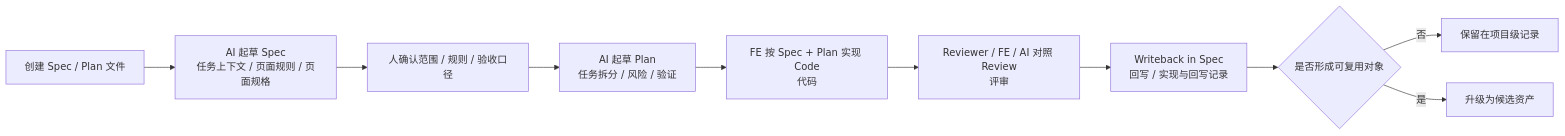
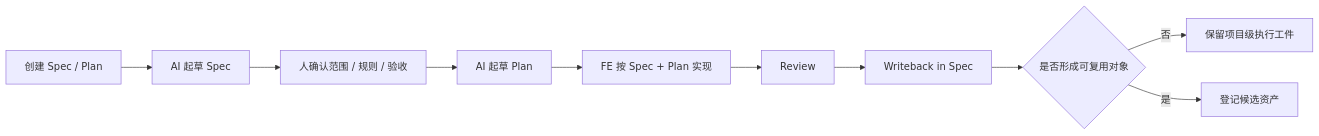
One commit to clarence1026/Spec-Driven-Development changed the diagram in docs/playbook.md. Above: the diagram before and after it, drawn with Mermaid. The commit also changed other lines of this file and 43 other files, not shown here.

````diff
--- a/docs/playbook.md
+++ b/docs/playbook.md
@@ -147,12 +141,12 @@
 ```mermaid
 flowchart LR
-    A[创建 Spec / Plan 文件] --> B[AI 起草 Spec<br/>任务上下文 / 页面规则 / 页面规格]
-    B --> C[人确认范围 / 规则 / 验收口径]
-    C --> D[AI 起草 Plan<br/>任务拆分 / 风险 / 验证]
-    D --> E[FE 按 Spec + Plan 实现 Code<br/>代码]
-    E --> F[Reviewer / FE / AI 对照 Review<br/>评审]
-    F --> G[Writeback in Spec<br/>回写 / 实现与回写记录]
+    A[创建 Spec / Plan] --> B[AI 起草 Spec]
+    B --> C[人确认范围 / 规则 / 验收]
+    C --> D[AI 起草 Plan]
+    D --> E[FE 按 Spec + Plan 实现]
+    E --> F[Review]
+    F --> G[Writeback in Spec]
     G --> H{是否形成可复用对象}
-    H -->|否| I[保留在项目级记录]
-    H -->|是| J[升级为候选资产]
+    H -->|否| I[保留项目级执行工件]
+    H -->|是| J[登记候选资产]
 ```
````
